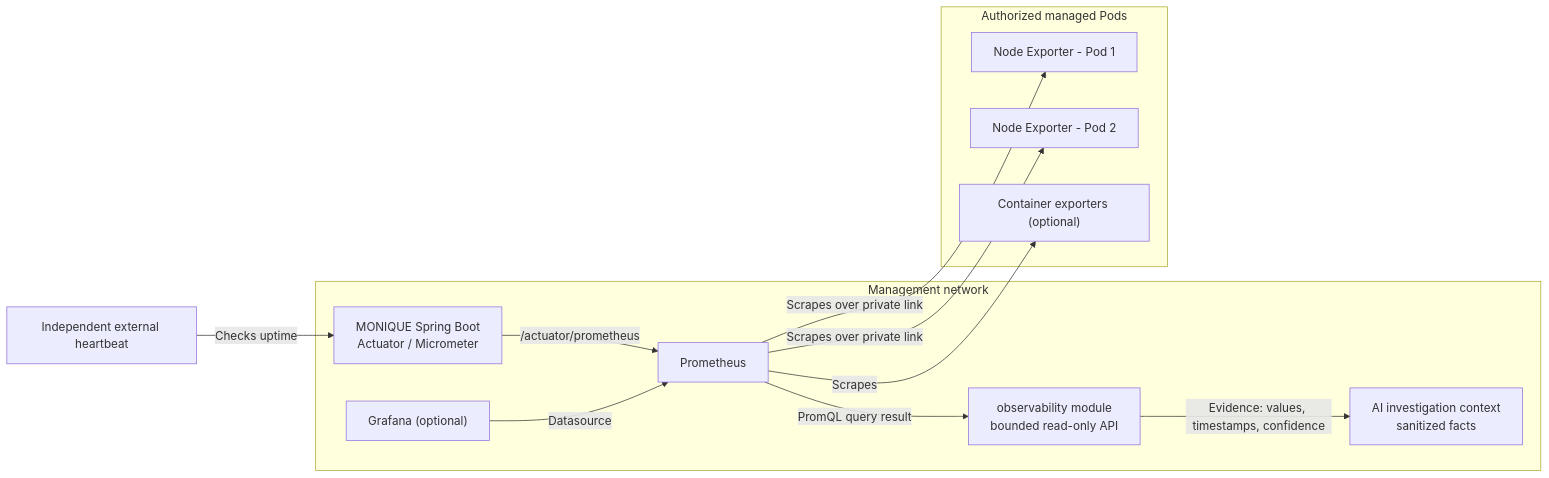
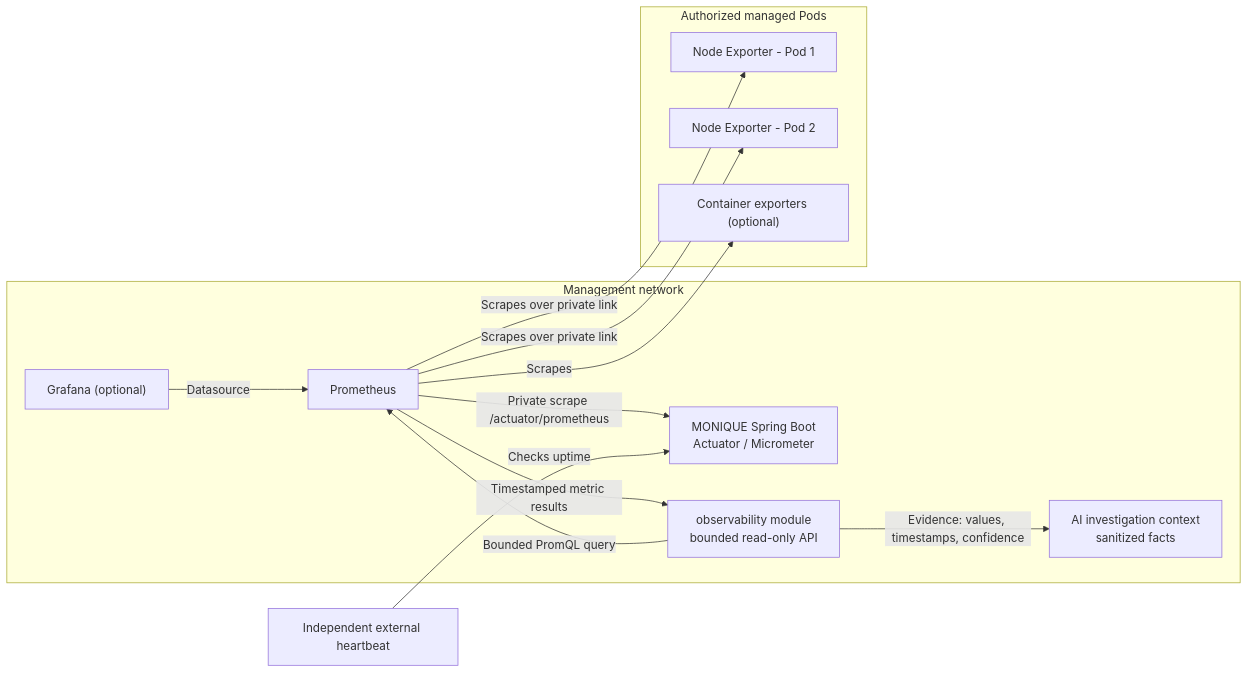
Before and after one commit to OreoStudios/MONIQUE-AI-Infrastructure-Server-Administrator: the diagram in docs/OBSERVABILITY.md, drawn with Mermaid. The commit also changed 1 other file, not shown here.

Commit message:
docs: correct Prometheus scrape/query direction in monitoring diagrams

````diff
--- a/docs/OBSERVABILITY.md
+++ b/docs/OBSERVABILITY.md
@@ -26,23 +26,24 @@
 ```mermaid
 flowchart LR
   subgraph Management["Management network"]
     API["MONIQUE Spring Boot<br/>Actuator / Micrometer"]
     P["Prometheus"]
     G["Grafana (optional)"]
     O["observability module<br/>bounded read-only API"]
     A["AI investigation context<br/>sanitized facts"]
-    API -->|"/actuator/prometheus"| P
-    P -->|"PromQL query result"| O
+    P -->|"Private scrape /actuator/prometheus"| API
+    O -->|"Bounded PromQL query"| P
+    P -->|"Timestamped metric results"| O
     G -->|"Datasource"| P
     O -->|"Evidence: values, timestamps, confidence"| A
   end
   subgraph Pods["Authorized managed Pods"]
     N1["Node Exporter - Pod 1"]
     N2["Node Exporter - Pod 2"]
     C["Container exporters (optional)"]
   end
   P -->|"Scrapes over private link"| N1
   P -->|"Scrapes over private link"| N2
   P -->|"Scrapes"| C
   Out["Independent external heartbeat"] -->|"Checks uptime"| API
 ```
````
